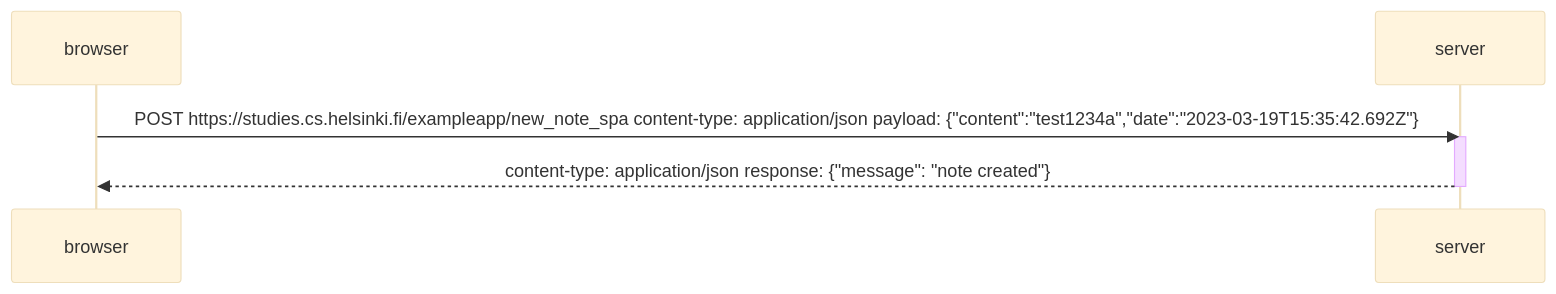
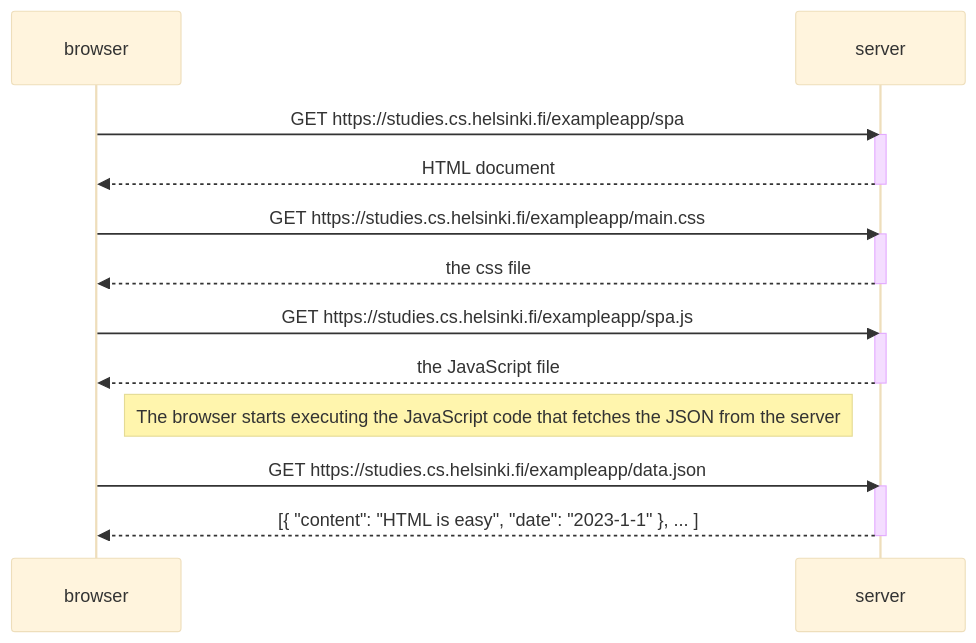
One commit to khs-kks/fso changed the diagram in part0/0.5-single-page-app-diagram.md. Above: the diagram before and after it, drawn with Mermaid (base theme).

Commit message:
Update 0.5-single-page-app-diagram.md
Create a diagram depicting the situation where the user creates a new note using the single-page version of the app.

````diff
--- a/part0/0.5-single-page-app-diagram.md
+++ b/part0/0.5-single-page-app-diagram.md
@@ -1,11 +1,28 @@
 ```mermaid
 sequenceDiagram
     participant browser
     participant server
 
-    browser->>server: POST https://studies.cs.helsinki.fi/exampleapp/new_note_spa content-type: application/json payload: {"content":"test1234a","date":"2023-03-19T15:35:42.692Z"} 
+    browser->>server: GET https://studies.cs.helsinki.fi/exampleapp/spa
     activate server
-    server-->>browser: content-type: application/json response: {"message": "note created"}
+    server-->>browser: HTML document
+    deactivate server
+
+    browser->>server: GET https://studies.cs.helsinki.fi/exampleapp/main.css
+    activate server
+    server-->>browser: the css file
+    deactivate server
+
+    browser->>server: GET https://studies.cs.helsinki.fi/exampleapp/spa.js
+    activate server
+    server-->>browser: the JavaScript file
+    deactivate server
+
+    Note right of browser: The browser starts executing the JavaScript code that fetches the JSON from the server
+
+    browser->>server: GET https://studies.cs.helsinki.fi/exampleapp/data.json
+    activate server
+    server-->>browser: [{ "content": "HTML is easy", "date": "2023-1-1" }, ... ]
     deactivate server
 
 ```
````
